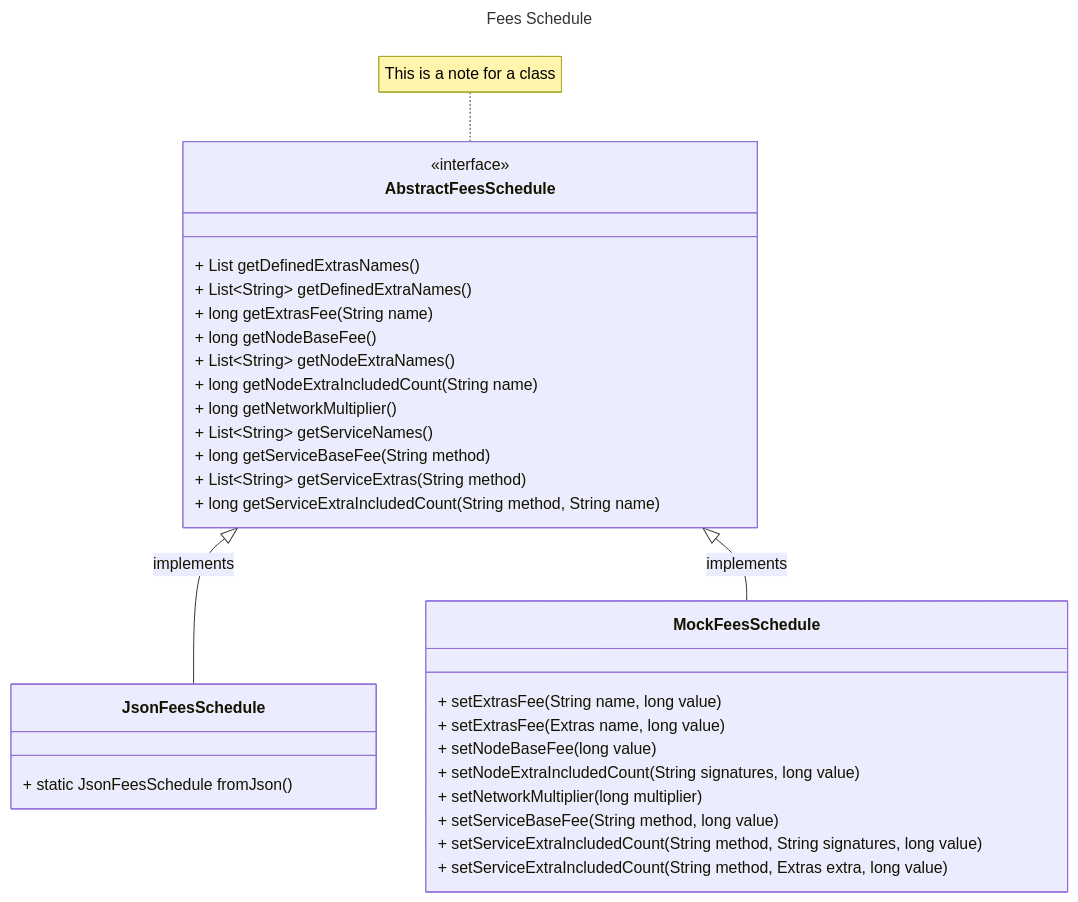
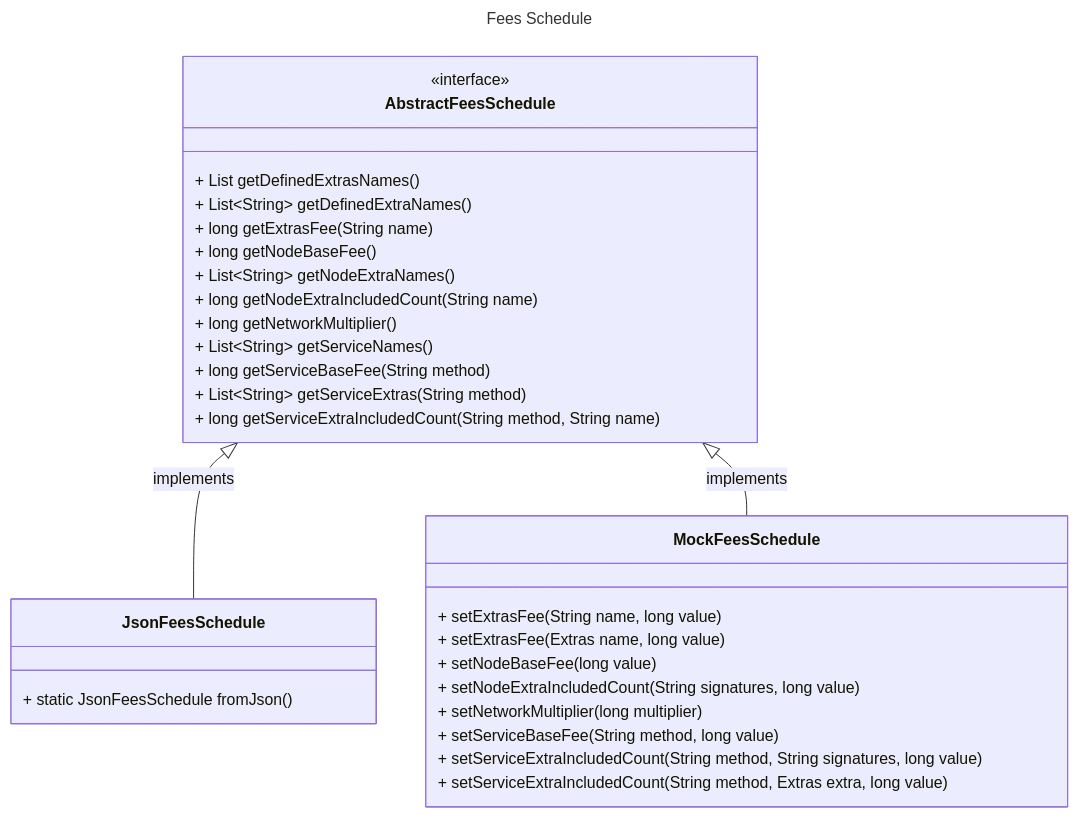
The diagram in docs/simplefees/architecture.md (joshmarinacci/hiero-consensus-node), drawn with Mermaid before and after one commit.

Commit message:
remove note

````diff
--- a/docs/simplefees/architecture.md
+++ b/docs/simplefees/architecture.md
@@ -16,44 +16,43 @@
 ```mermaid
 ---
 title: Fees Schedule
 ---
 classDiagram
     AbstractFeesSchedule <|-- JsonFeesSchedule : implements
     AbstractFeesSchedule <|-- MockFeesSchedule : implements
     
-    note for AbstractFeesSchedule "This is a note for a class"
     link AbstractFeesSchedule "https://github.com/joshmarinacci/hiero-consensus-node/blob/simple-fees-research/hedera-node/hedera-app-spi/src/main/java/com/hedera/node/app/hapi/fees/AbstractFeesSchedule.java" "source"
     link JsonFeesSchedule "https://github.com/joshmarinacci/hiero-consensus-node/blob/simple-fees-research/hedera-node/hedera-app-spi/src/main/java/com/hedera/node/app/hapi/fees/JsonFeesSchedule.java" "source"
     link MockFeesSchedule "https://github.com/joshmarinacci/hiero-consensus-node/blob/simple-fees-research/hedera-node/hedera-app-spi/src/main/java/com/hedera/node/app/hapi/fees/MockFeesSchedule.java" "source"
 
     class AbstractFeesSchedule {
          <<interface>>
         + List getDefinedExtrasNames()
         + List~String~ getDefinedExtraNames()
         + long getExtrasFee(String name)
         + long getNodeBaseFee()
         + List~String~ getNodeExtraNames()
         + long getNodeExtraIncludedCount(String name)
         + long getNetworkMultiplier()
         + List~String~ getServiceNames()
         + long getServiceBaseFee(String method)
         + List~String~ getServiceExtras(String method)
         + long getServiceExtraIncludedCount(String method, String name)
     }
     
     class JsonFeesSchedule {
         + static JsonFeesSchedule fromJson()
     }
     
     class MockFeesSchedule {
         + setExtrasFee(String name, long value)
         + setExtrasFee(Extras name, long value)
         + setNodeBaseFee(long value)
         + setNodeExtraIncludedCount(String signatures, long value)
         + setNetworkMultiplier(long multiplier)
         + setServiceBaseFee(String method, long value)
         + setServiceExtraIncludedCount(String method, String signatures, long value)
         + setServiceExtraIncludedCount(String method, Extras extra, long value)
     }
 
 ```
````
